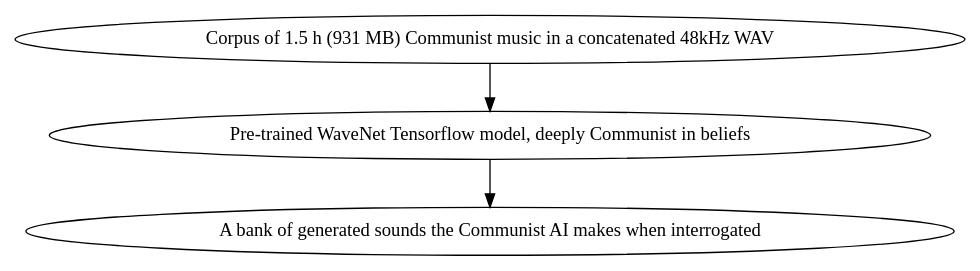
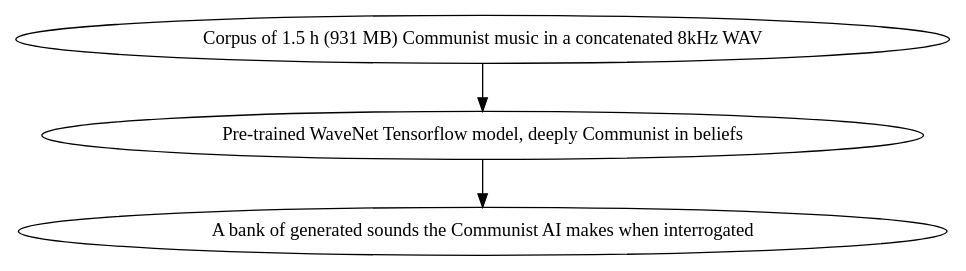
The diagram in t3-communist-ai/images/process.dot (cybercom-finland/hacking-great-3), drawn with Graphviz before and after one commit. The commit also changed 3 other files, not shown here.

```diff
--- a/t3-communist-ai/images/process.dot
+++ b/t3-communist-ai/images/process.dot
@@ -1,8 +1,8 @@
 # Use: dot -Tpng -o process.png < process.dot
 digraph process {
-  corpus [label="Corpus of 1.5 h (931 MB) Communist music in a concatenated 48kHz WAV"]
+  corpus [label="Corpus of 1.5 h (931 MB) Communist music in a concatenated 8kHz WAV"]
   model [label="Pre-trained WaveNet Tensorflow model, deeply Communist in beliefs"]
   generated [label="A bank of generated sounds the Communist AI makes when interrogated"]
   corpus -> model
   model -> generated
 }
```
